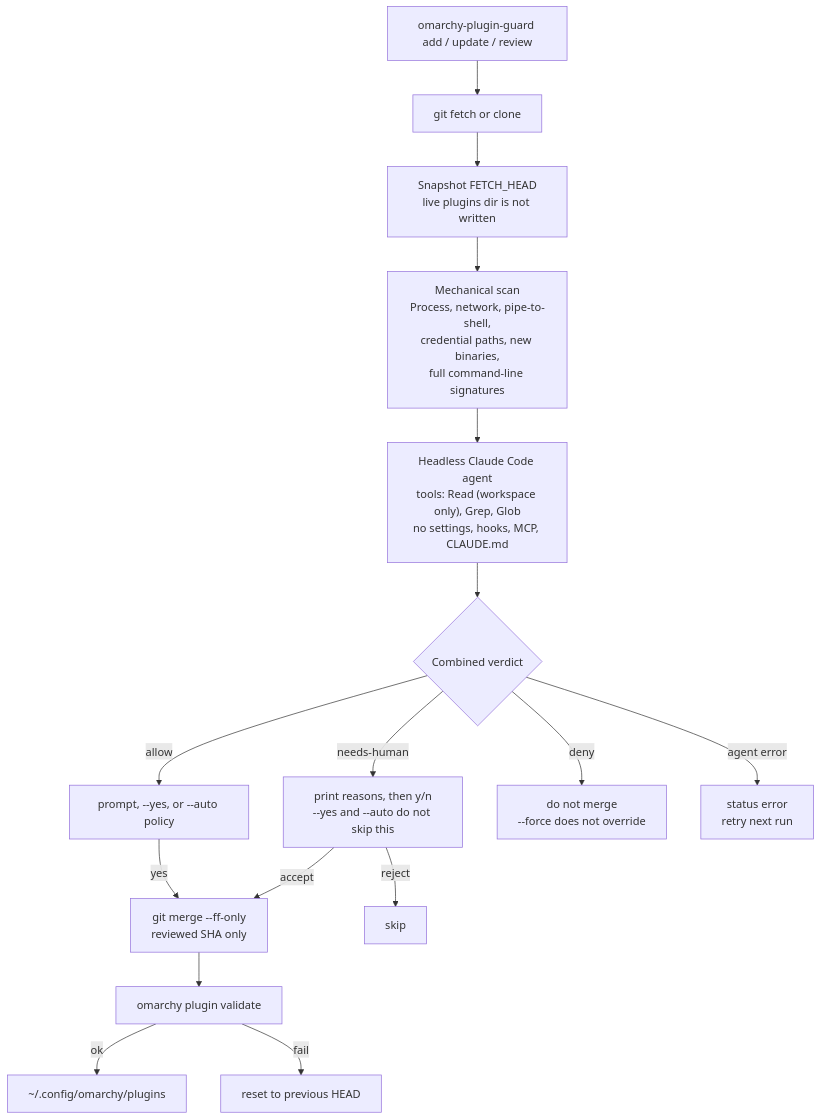
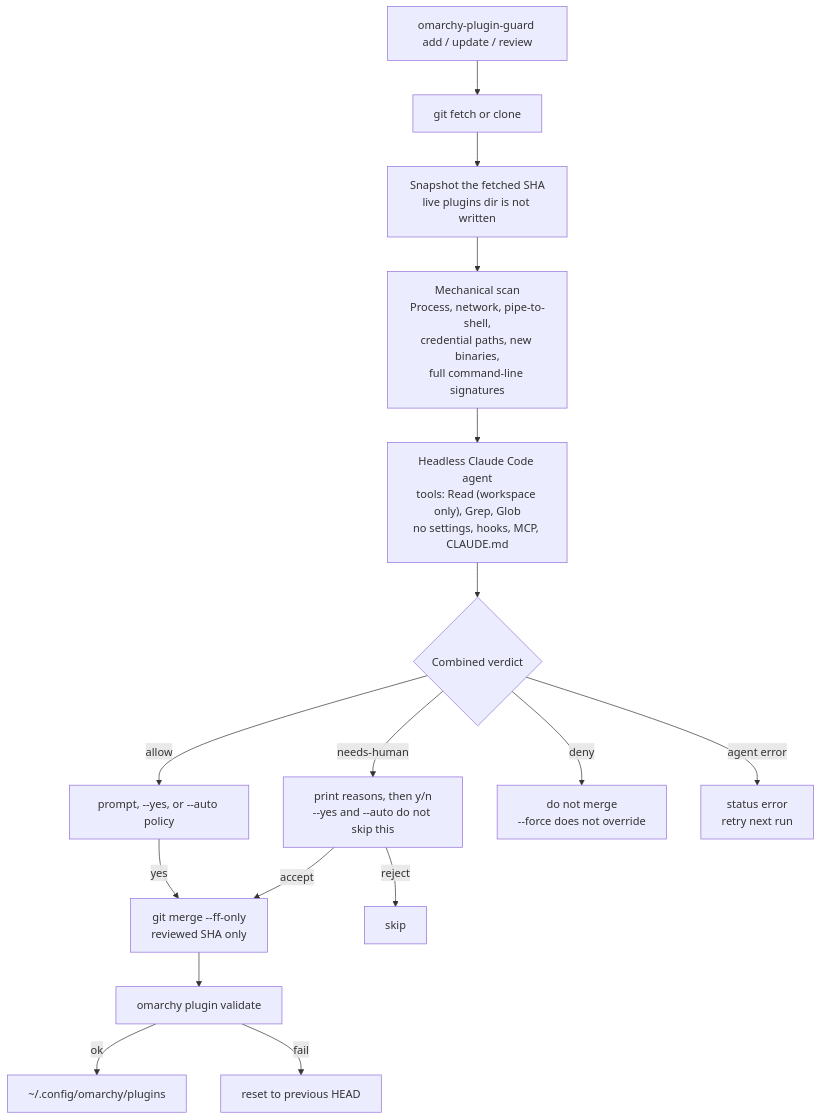
Before and after one commit to yelenkovsky/omarchy-plugin-guard: the diagram in README.md, drawn with Mermaid. The commit also changed other lines of this file and 3 other files, not shown here.

First line of the commit message:
Fetch into a ref the guard owns instead of reading FETCH_HEAD.

````diff
--- a/README.md
+++ b/README.md
@@ -3,20 +3,20 @@
 ```mermaid
 flowchart TD
   start["omarchy-plugin-guard add / update / review"] --> fetch["git fetch or clone"]
-  fetch --> snap["Snapshot FETCH_HEAD<br/>live plugins dir is not written"]
+  fetch --> snap["Snapshot the fetched SHA<br/>live plugins dir is not written"]
   snap --> scan["Mechanical scan<br/>Process, network, pipe-to-shell,<br/>credential paths, new binaries,<br/>full command-line signatures"]
   scan --> agent["Headless Claude Code agent<br/>tools: Read (workspace only), Grep, Glob<br/>no settings, hooks, MCP, CLAUDE.md"]
   agent --> verdict{"Combined verdict"}
 
   verdict -->|allow| confirm["prompt, --yes, or --auto policy"]
   verdict -->|needs-human| human["print reasons, then y/n<br/>--yes and --auto do not skip this"]
   verdict -->|deny| stop["do not merge<br/>--force does not override"]
   verdict -->|agent error| retry["status error<br/>retry next run"]
 
   confirm -->|yes| merge["git merge --ff-only<br/>reviewed SHA only"]
   human -->|accept| merge
   human -->|reject| skip["skip"]
   merge --> validate["omarchy plugin validate"]
   validate -->|ok| live["~/.config/omarchy/plugins"]
   validate -->|fail| rollback["reset to previous HEAD"]
 ```
````
